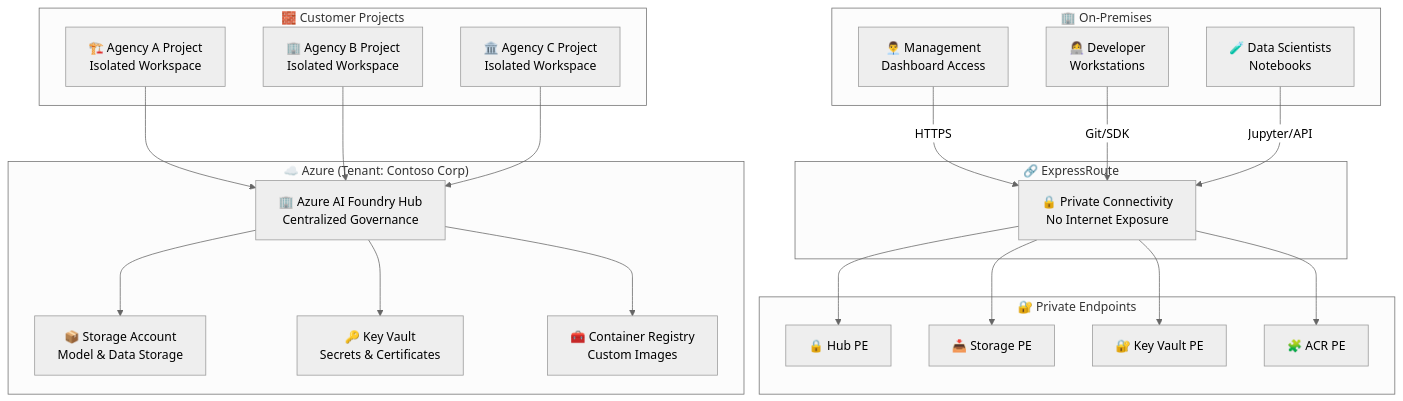
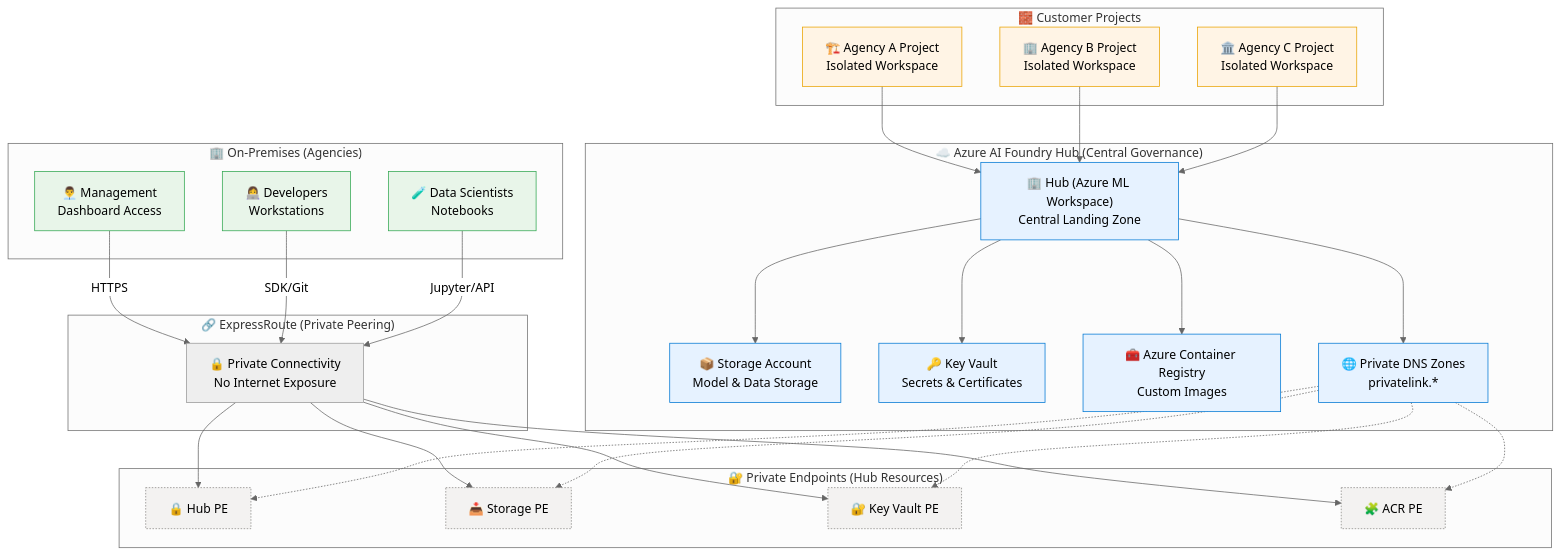
The diagram in README.md (colinweiner111/azure-ai-foundry-hub), drawn with Mermaid (neutral theme) before and after one commit. The commit also changed other lines of this file, not shown here.

Commit message:
Final enhanced README with visual diagram, docs box, and notes

````diff
--- a/README.md
+++ b/README.md
@@ -59,44 +25,63 @@
 ```mermaid
 flowchart TB
-  subgraph "🏢 On-Premises"
+  %% ==== On-Premises ====
+  subgraph "🏢 On-Premises (Agencies)"
     mgmt["👨‍💼 Management<br/>Dashboard Access"]
-    dev["👩‍💻 Developer<br/>Workstations"]
+    dev["👩‍💻 Developers<br/>Workstations"]
     ds["🧪 Data Scientists<br/>Notebooks"]
   end
 
-  subgraph "🔗 ExpressRoute"
-    er2["🔒 Private Connectivity<br/>No Internet Exposure"]
+  %% ==== Connectivity ====
+  subgraph "🔗 ExpressRoute (Private Peering)"
+    er["🔒 Private Connectivity<br/>No Internet Exposure"]
   end
 
-  subgraph "☁️ Azure (Tenant: Contoso Corp)"
-    hub2["🏢 Azure AI Foundry Hub<br/>Centralized Governance"]
+  %% ==== Azure Hub ====
+  subgraph "☁️ Azure AI Foundry Hub (Central Governance)"
+    hub["🏢 Hub (Azure ML Workspace)<br/>Central Landing Zone"]
     storage["📦 Storage Account<br/>Model & Data Storage"]
     kv["🔑 Key Vault<br/>Secrets & Certificates"]
-    acr["🧰 Container Registry<br/>Custom Images"]
+    acr["🧰 Azure Container Registry<br/>Custom Images"]
+    dns["🌐 Private DNS Zones<br/>privatelink.*"]
   end
 
-  subgraph "🧱 Customer Projects"
-    proj1["🏗️ Agency A Project<br/>Isolated Workspace"]
-    proj2["🏢 Agency B Project<br/>Isolated Workspace"]
-    proj3["🏛️ Agency C Project<br/>Isolated Workspace"]
+  %% ==== Private Endpoints ====
+  subgraph "🔐 Private Endpoints (Hub Resources)"
+    peHub["🔒 Hub PE"]
+    peStg["📥 Storage PE"]
+    peKv["🔐 Key Vault PE"]
+    peAcr["🧩 ACR PE"]
   end
 
-  subgraph "🔐 Private Endpoints"
-    pe1["🔒 Hub PE"]
-    pe2["📥 Storage PE"]
-    pe3["🔐 Key Vault PE"]
-    pe4["🧩 ACR PE"]
+  %% ==== Customer Projects ====
+  subgraph "🧱 Customer Projects"
+    projA["🏗️ Agency A Project<br/>Isolated Workspace"]
+    projB["🏢 Agency B Project<br/>Isolated Workspace"]
+    projC["🏛️ Agency C Project<br/>Isolated Workspace"]
   end
 
-  mgmt -->|HTTPS| er2
-  dev -->|Git/SDK| er2
-  ds -->|Jupyter/API| er2
+  %% ==== Relationships ====
+  mgmt -->|HTTPS| er
+  dev -->|SDK/Git| er
+  ds -->|Jupyter/API| er
 
-  er2 --> pe1 & pe2 & pe3 & pe4
+  er --> peHub & peStg & peKv & peAcr
 
-  proj1 --> hub2
-  proj2 --> hub2
-  proj3 --> hub2
+  projA --> hub
+  projB --> hub
+  projC --> hub
 
-  hub2 --> storage & kv & acr
+  hub --> storage & kv & acr & dns
+
+  dns -.-> peHub & peStg & peKv & peAcr
+
+  %% ==== Visual Emphasis ====
+  classDef azure fill:#E6F2FF,stroke:#0078D4,stroke-width:1px;
+  classDef private fill:#F3F2F1,stroke:#8A8886,stroke-width:1px,stroke-dasharray: 2 2;
+  classDef customer fill:#FFF4E5,stroke:#EAA300,stroke-width:1px;
+  classDef onprem fill:#E8F5E9,stroke:#34A853,stroke-width:1px;
+  class hub,storage,kv,acr,dns azure;
+  class peHub,peStg,peKv,peAcr private;
+  class projA,projB,projC customer;
+  class mgmt,dev,ds onprem;
 ```
````
